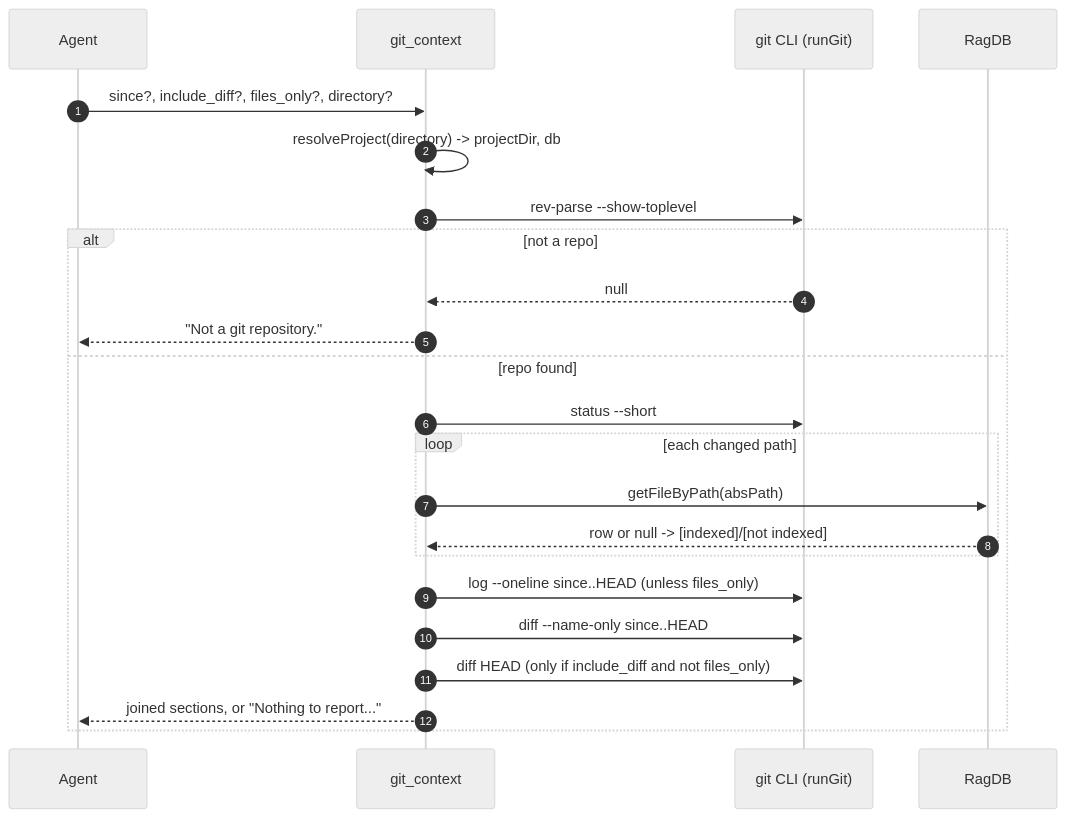
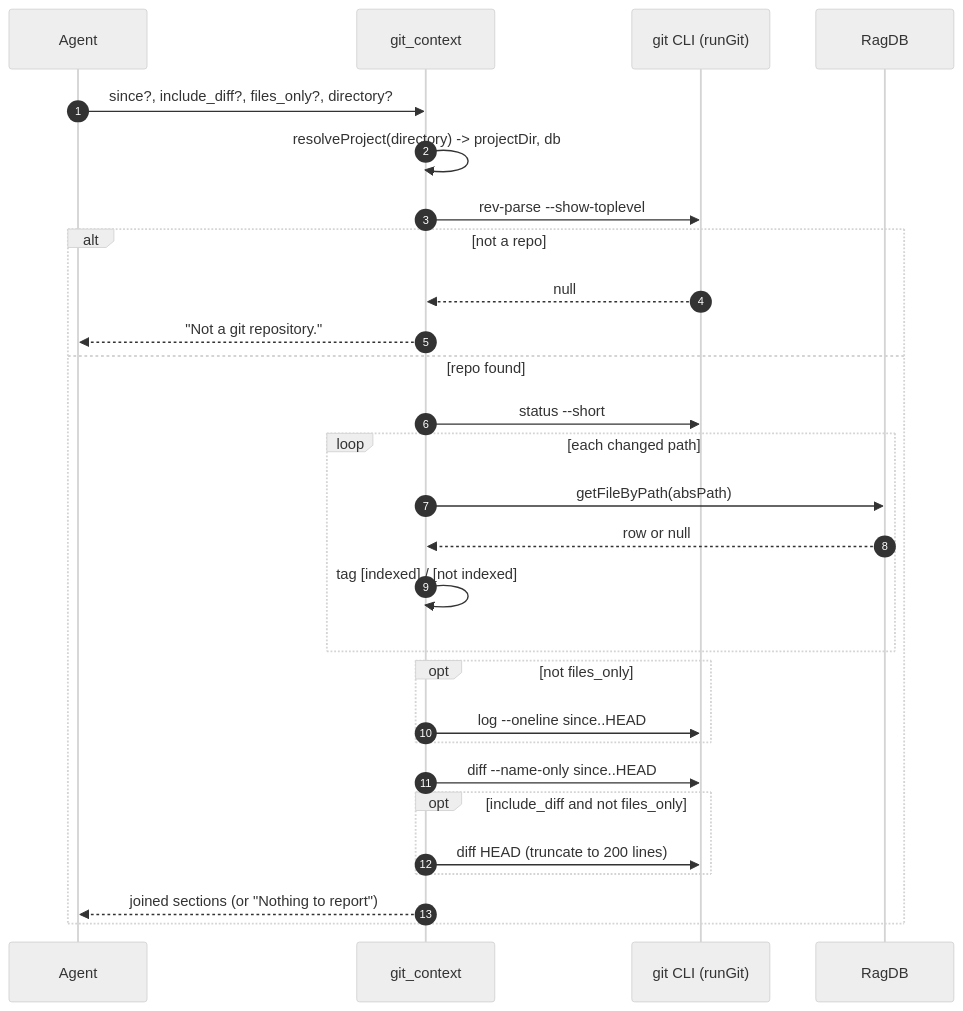
One commit to TheWinci/mimirs changed the diagram in wiki/tools/git-context.md. Above: the diagram before and after it, drawn with Mermaid (neutral theme). The commit also changed other lines of this file and 51 other files, not shown here.

````diff
--- a/wiki/tools/git-context.md
+++ b/wiki/tools/git-context.md
@@ -36,25 +41,30 @@
 ```mermaid
 sequenceDiagram
     autonumber
     participant Agent
     participant Tool as git_context
     participant Git as git CLI (runGit)
     participant DB as RagDB
     Agent->>Tool: since?, include_diff?, files_only?, directory?
     Tool->>Tool: resolveProject(directory) -> projectDir, db
     Tool->>Git: rev-parse --show-toplevel
     alt not a repo
         Git-->>Tool: null
         Tool-->>Agent: "Not a git repository."
     else repo found
         Tool->>Git: status --short
         loop each changed path
             Tool->>DB: getFileByPath(absPath)
-            DB-->>Tool: row or null -> [indexed]/[not indexed]
+            DB-->>Tool: row or null
+            Tool->>Tool: tag [indexed] / [not indexed]
         end
-        Tool->>Git: log --oneline since..HEAD (unless files_only)
+        opt not files_only
+            Tool->>Git: log --oneline since..HEAD
+        end
         Tool->>Git: diff --name-only since..HEAD
-        Tool->>Git: diff HEAD (only if include_diff and not files_only)
-        Tool-->>Agent: joined sections, or "Nothing to report..."
+        opt include_diff and not files_only
+            Tool->>Git: diff HEAD (truncate to 200 lines)
+        end
+        Tool-->>Agent: joined sections (or "Nothing to report")
     end
 ```
````
